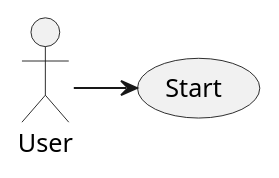
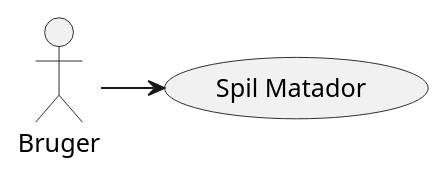
One commit to SkumJustEatMe/G05_Matador changed the diagram in src/main/models/UseCaseModel.puml. Above: the diagram before and after it, drawn with PlantUML. The commit also changed 1 other file, not shown here.

Commit message:
added systemSequenceDiagrams

```diff
--- a/src/main/models/UseCaseModel.puml
+++ b/src/main/models/UseCaseModel.puml
@@ -1,8 +1,6 @@
 @startuml
 'https://plantuml.com/use-case-diagram
 
-User -> (Start)
-
-
+Bruger -> (Spil Matador)
 
 @enduml
```
